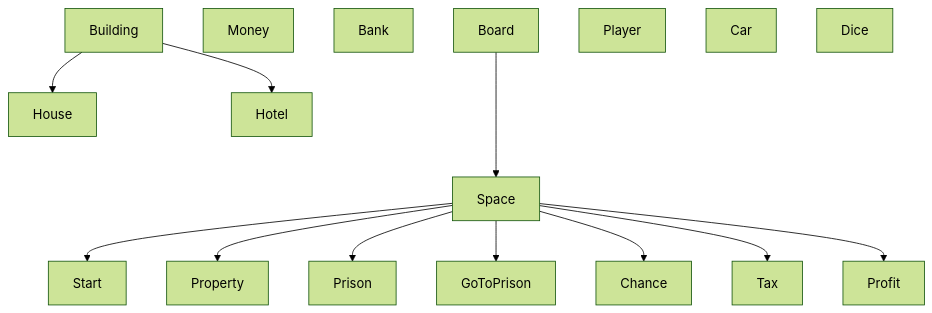
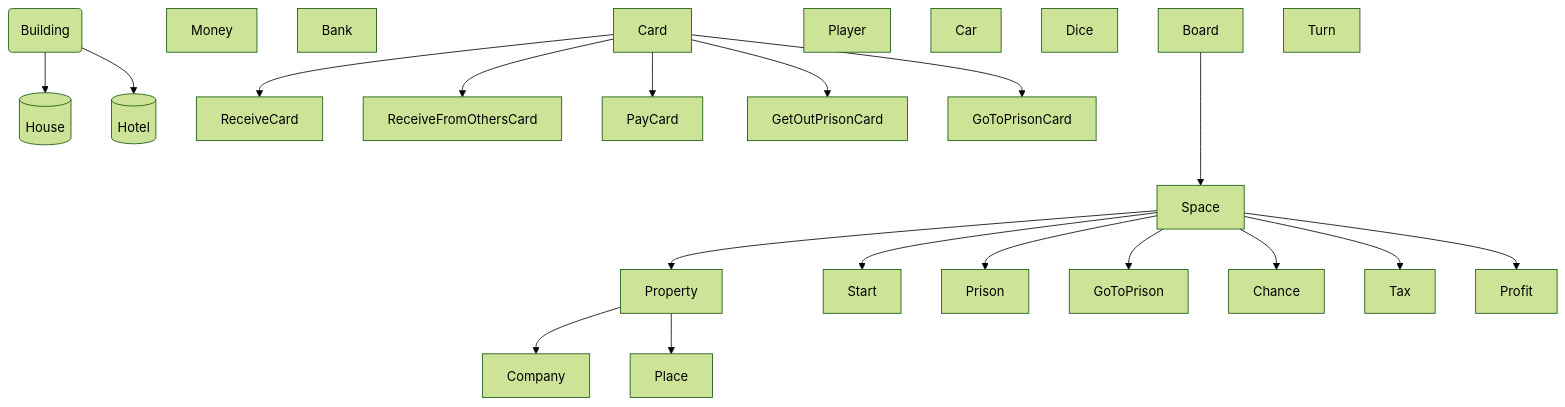
Before and after one commit to duduardo45/INF1636-POO-Banco-Imobiliario: the first of 10 diagrams in README.md, drawn with Mermaid (forest theme). The commit also changed other lines of this file, not shown here.

Commit message:
faz diagramas de ocorrencias necessarias para 1a iteracao

````diff
--- a/README.md
+++ b/README.md
@@ -18,18 +18,26 @@
 ```mermaid
 graph
-    Building --> House;
-    Building --> Hotel;
+    id(Building) --> id2[(House)];
+    id(Building) --> id3[(Hotel)];
     Money;
     Bank;
     Board ---> Space;
+    Space --> Property;
     Space --> Start;
-    Space --> Property;
     Space --> Prison;
     Space --> GoToPrison;
     Space --> Chance;
     Space --> Tax;
     Space --> Profit;
+    Property --> Company;
+    Property --> Place;
     Player;
     Car;
     Dice;
+    Card --> ReceiveCard;
+    Card --> ReceiveFromOthersCard;
+    Card --> PayCard;
+    Card --> GetOutPrisonCard;
+    Card --> GoToPrisonCard;
+    Turn;
 ```
````
